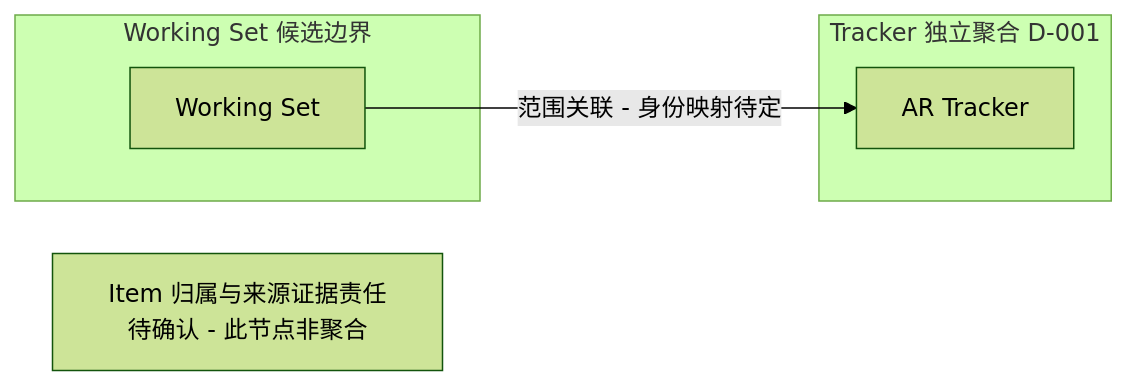
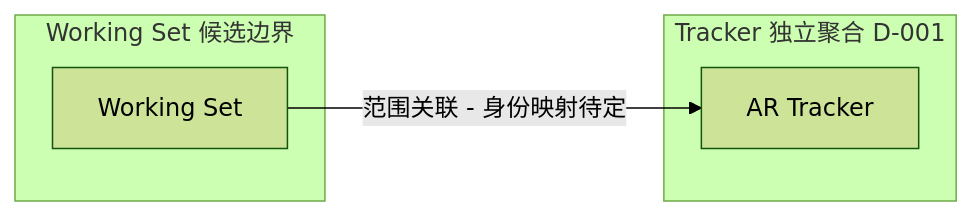
The fourth of 4 diagrams in docs/working-set/diagrams/aggregate-candidates.md (Greytrack/ddd-workingset), drawn with Mermaid (forest theme) before and after one commit. The commit also changed other lines of this file and 44 other files, not shown here.

````diff
--- a/docs/working-set/diagrams/aggregate-candidates.md
+++ b/docs/working-set/diagrams/aggregate-candidates.md
@@ -85,11 +85,10 @@
 ```mermaid
 flowchart LR
     subgraph W["Working Set 候选边界"]
         WS["Working Set"]
     end
     subgraph T["Tracker 独立聚合 D-001"]
         TR["AR Tracker"]
     end
     WS -->|"范围关联 - 身份映射待定"| TR
-    Q["Item 归属与来源证据责任待确认 - 此节点非聚合"]
 ```
````
